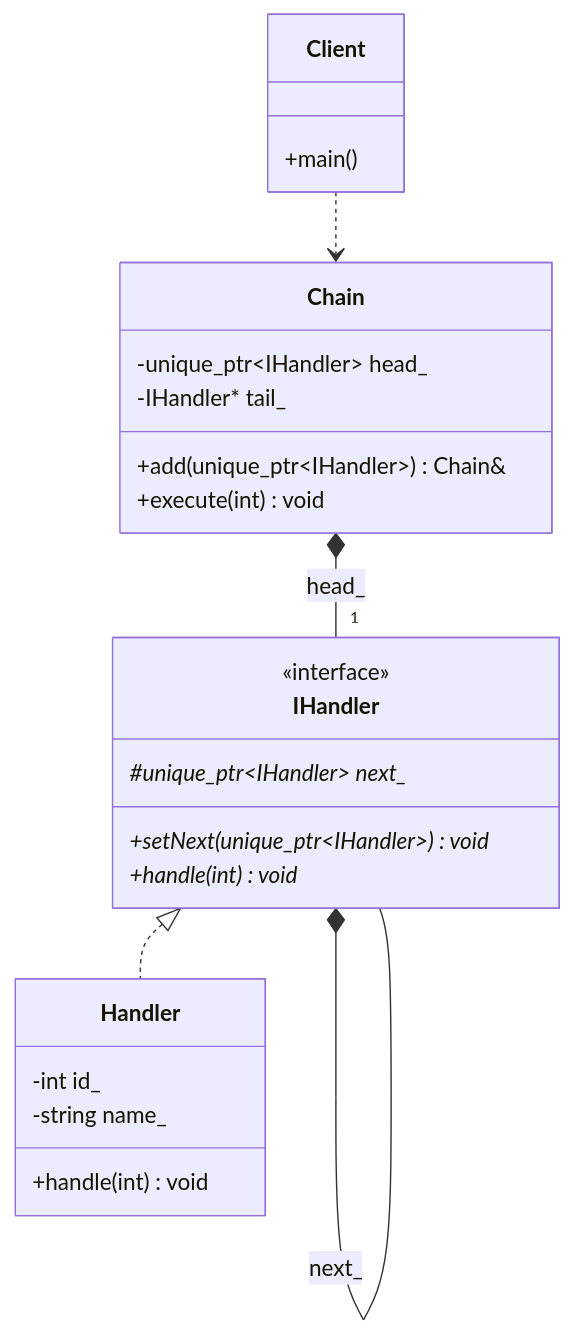
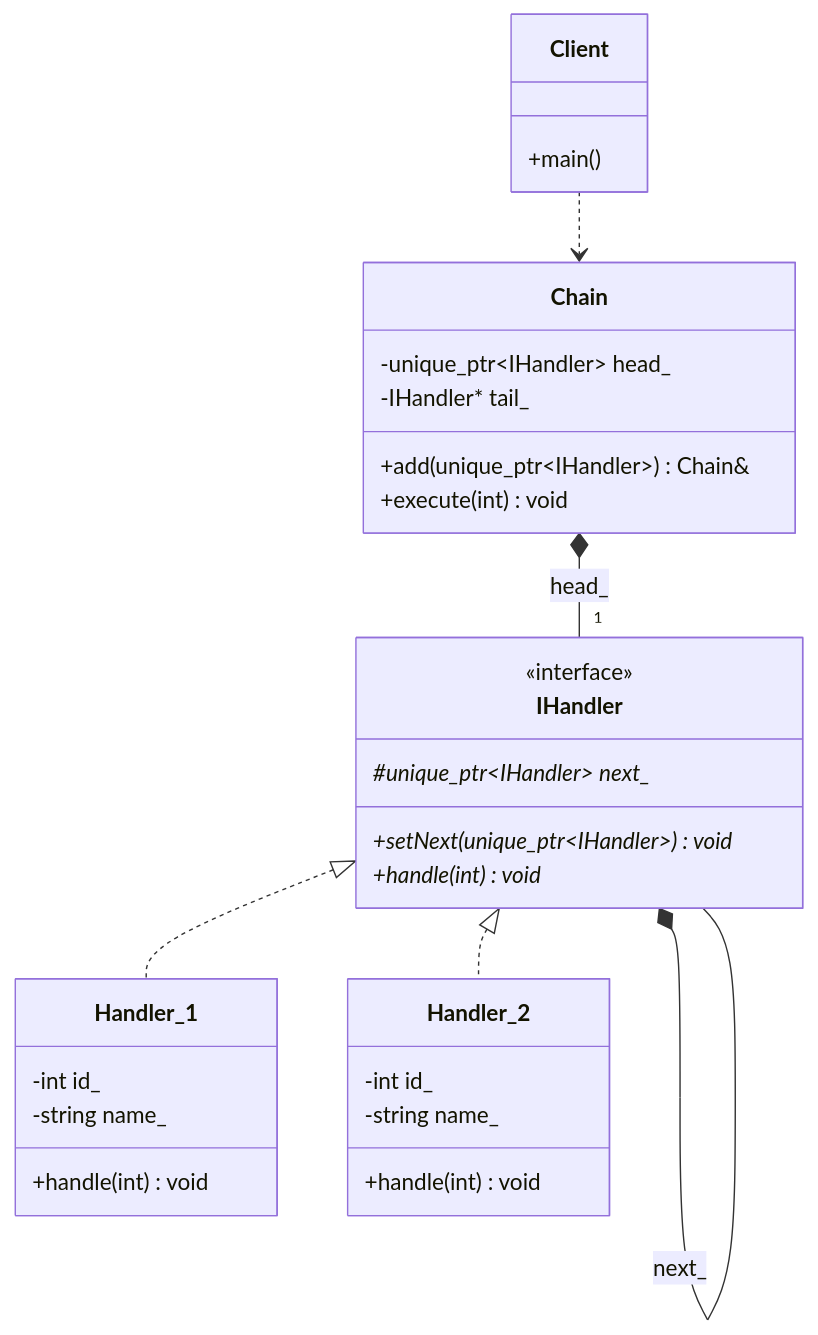
One commit to Cichlidfishexigency721/Modern-CPP-Design-Patterns changed the diagram in 18_ChainOfResponsability/README.md. Above: the diagram before and after it, drawn with Mermaid. The commit also changed 2 other files, not shown here.

Commit message:
Two handlers improvement

````diff
--- a/18_ChainOfResponsability/README.md
+++ b/18_ChainOfResponsability/README.md
@@ -34,39 +34,46 @@
 ```mermaid
 classDiagram
    class IHandler {
       <<interface>>
       #unique_ptr~IHandler~ next_*
       +setNext(unique_ptr~IHandler~) void*
       +handle(int) void*
    }
 
-   class Handler {
+   class Handler_1 {
+      -int id_
+      -string name_
+      +handle(int) void
+   }
+
+   class Handler_2 {
       -int id_
       -string name_
       +handle(int) void
    }
 
    class Chain {
       -unique_ptr~IHandler~ head_
       -IHandler* tail_
       +add(unique_ptr~IHandler~) Chain&
       +execute(int) void
    }
 
    class Client {
       +main()
    }
 
    %% Inheritance (Implements)
-   IHandler <|.. Handler
+   IHandler <|.. Handler_1
+   IHandler <|.. Handler_2
 
    %% Recursive Composition: each handler owns the next one
    %% Composition (Has_a) - Multiplicity "1" only at the end
    IHandler *-- IHandler : next_
 
    %% The Chain manager owns the head of the list
    Chain *-- "1" IHandler : head_
 
    %% Client interactions
    Client ..> Chain
 ```
````
